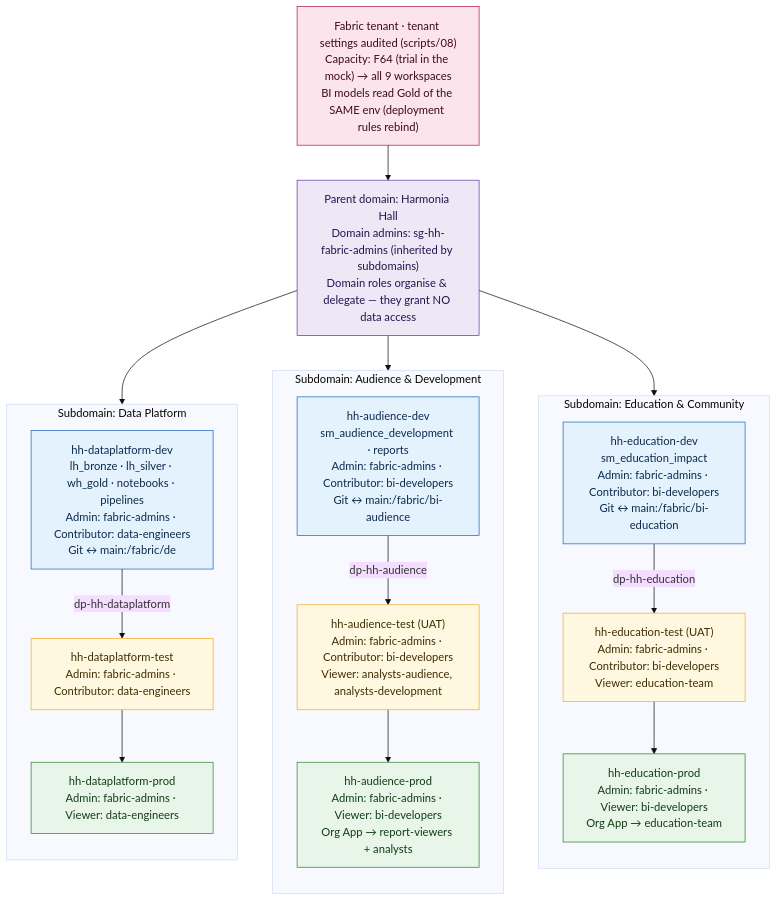
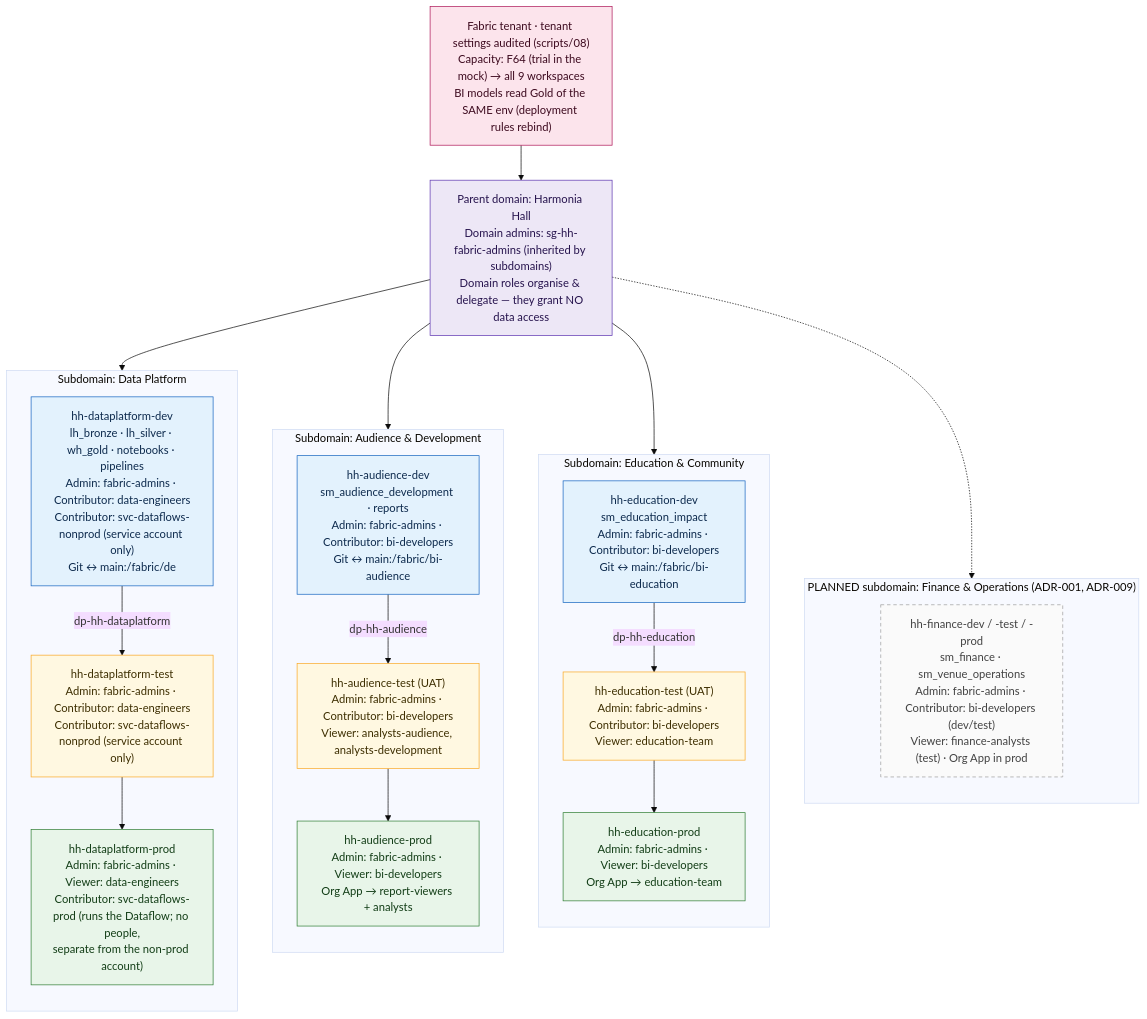
One commit to musatouray/performing-arts-audience-development-platform changed the diagram in docs/diagrams/src/02-tenant-topology.mmd. Above: the diagram before and after it, drawn with Mermaid (base theme). The commit also changed 51 other files, not shown here.

```diff
--- a/docs/diagrams/src/02-tenant-topology.mmd
+++ b/docs/diagrams/src/02-tenant-topology.mmd
@@ -1,34 +1,40 @@
 %% Tenant topology: domains organise; WORKSPACE roles grant access
 flowchart TB
   classDef dom fill:#EDE7F6,stroke:#5E35B1,color:#26134D
   classDef dev fill:#E3F2FD,stroke:#1565C0,color:#0D2A4D
   classDef test fill:#FFF8E1,stroke:#F9A825,color:#3D2E00
   classDef prod fill:#E8F5E9,stroke:#2E7D32,color:#123D16
   classDef cap fill:#FCE4EC,stroke:#AD1457,color:#3D0A1F
+  classDef planned fill:#FAFAFA,stroke:#9E9E9E,color:#424242,stroke-dasharray: 5 4
 
   TEN["Fabric tenant · tenant settings audited (scripts/08)<br/>Capacity: F64 (trial in the mock) → all 9 workspaces<br/>BI models read Gold of the SAME env (deployment rules rebind)"]:::cap
   ORG["Parent domain: Harmonia Hall<br/>Domain admins: sg-hh-fabric-admins (inherited by subdomains)<br/>Domain roles organise & delegate — they grant NO data access"]:::dom
   TEN --> ORG
 
   subgraph D1["Subdomain: Data Platform"]
     direction TB
-    W1D["hh-dataplatform-dev<br/>lh_bronze · lh_silver · wh_gold · notebooks · pipelines<br/>Admin: fabric-admins · Contributor: data-engineers<br/>Git ↔ main:/fabric/de"]:::dev
-    W1T["hh-dataplatform-test<br/>Admin: fabric-admins · Contributor: data-engineers"]:::test
-    W1P["hh-dataplatform-prod<br/>Admin: fabric-admins · Viewer: data-engineers"]:::prod
+    W1D["hh-dataplatform-dev<br/>lh_bronze · lh_silver · wh_gold · notebooks · pipelines<br/>Admin: fabric-admins · Contributor: data-engineers<br/>Contributor: svc-dataflows-nonprod (service account only)<br/>Git ↔ main:/fabric/de"]:::dev
+    W1T["hh-dataplatform-test<br/>Admin: fabric-admins · Contributor: data-engineers<br/>Contributor: svc-dataflows-nonprod (service account only)"]:::test
+    W1P["hh-dataplatform-prod<br/>Admin: fabric-admins · Viewer: data-engineers<br/>Contributor: svc-dataflows-prod (runs the Dataflow; no people,<br/>separate from the non-prod account)"]:::prod
     W1D -- "dp-hh-dataplatform" --> W1T --> W1P
   end
   subgraph D2["Subdomain: Audience & Development"]
     direction TB
     W2D["hh-audience-dev<br/>sm_audience_development · reports<br/>Admin: fabric-admins · Contributor: bi-developers<br/>Git ↔ main:/fabric/bi-audience"]:::dev
     W2T["hh-audience-test (UAT)<br/>Admin: fabric-admins · Contributor: bi-developers<br/>Viewer: analysts-audience, analysts-development"]:::test
     W2P["hh-audience-prod<br/>Admin: fabric-admins · Viewer: bi-developers<br/>Org App → report-viewers + analysts"]:::prod
     W2D -- "dp-hh-audience" --> W2T --> W2P
   end
   subgraph D3["Subdomain: Education & Community"]
     direction TB
     W3D["hh-education-dev<br/>sm_education_impact<br/>Admin: fabric-admins · Contributor: bi-developers<br/>Git ↔ main:/fabric/bi-education"]:::dev
     W3T["hh-education-test (UAT)<br/>Admin: fabric-admins · Contributor: bi-developers<br/>Viewer: education-team"]:::test
     W3P["hh-education-prod<br/>Admin: fabric-admins · Viewer: bi-developers<br/>Org App → education-team"]:::prod
     W3D -- "dp-hh-education" --> W3T --> W3P
   end
+  subgraph D4["PLANNED subdomain: Finance & Operations (ADR-001, ADR-009)"]
+    direction TB
+    W4["hh-finance-dev / -test / -prod<br/>sm_finance · sm_venue_operations<br/>Admin: fabric-admins · Contributor: bi-developers (dev/test)<br/>Viewer: finance-analysts (test) · Org App in prod"]:::planned
+  end
   ORG --> D1 & D2 & D3
+  ORG -.-> D4
```
